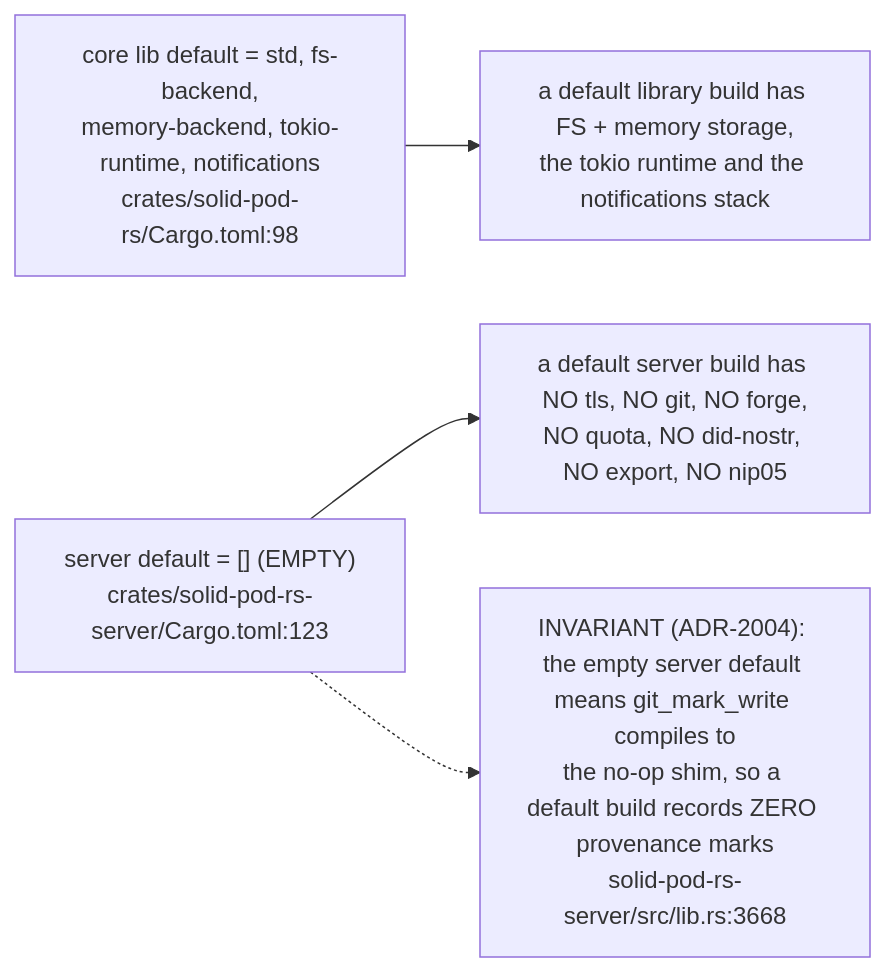
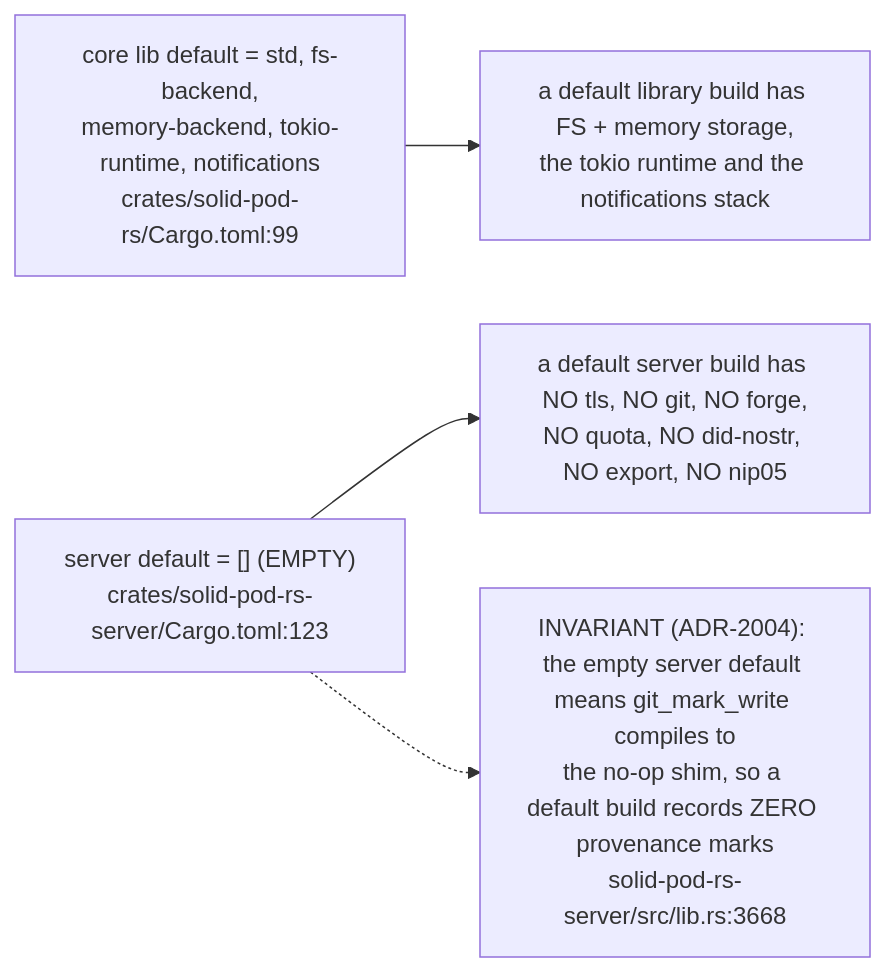
One commit to DreamLab-AI/VisionFlow changed the sixth of 12 diagrams in docs/diagrams/solid-pod-rs/01-workspace-composition.md. Above: the diagram before and after it, drawn with Mermaid. The commit also changed other lines of this file and 94 other files, not shown here.

First line of the commit message:
docs(diagrams): re-verify 130 topics against 2 October HEADs

````diff
--- a/docs/diagrams/solid-pod-rs/01-workspace-composition.md
+++ b/docs/diagrams/solid-pod-rs/01-workspace-composition.md
@@ -186,11 +189,11 @@
 ```mermaid
 flowchart LR
-    LIBD["core lib default = std, fs-backend,<br/>memory-backend, tokio-runtime, notifications<br/>crates/solid-pod-rs/Cargo.toml:98"]
+    LIBD["core lib default = std, fs-backend,<br/>memory-backend, tokio-runtime, notifications<br/>crates/solid-pod-rs/Cargo.toml:99"]
     SRVD["server default = [] (EMPTY)<br/>crates/solid-pod-rs-server/Cargo.toml:123"]
 
     LIBD --> R1["a default library build has FS + memory storage,<br/>the tokio runtime and the notifications stack"]
     SRVD --> R2["a default server build has NO tls, NO git, NO forge,<br/>NO quota, NO did-nostr, NO export, NO nip05"]
 
     D1["INVARIANT (ADR-2004): the empty server default means git_mark_write compiles to<br/>the no-op shim, so a default build records ZERO provenance marks<br/>solid-pod-rs-server/src/lib.rs:3668"]
     SRVD -.-> D1
 ```
````
